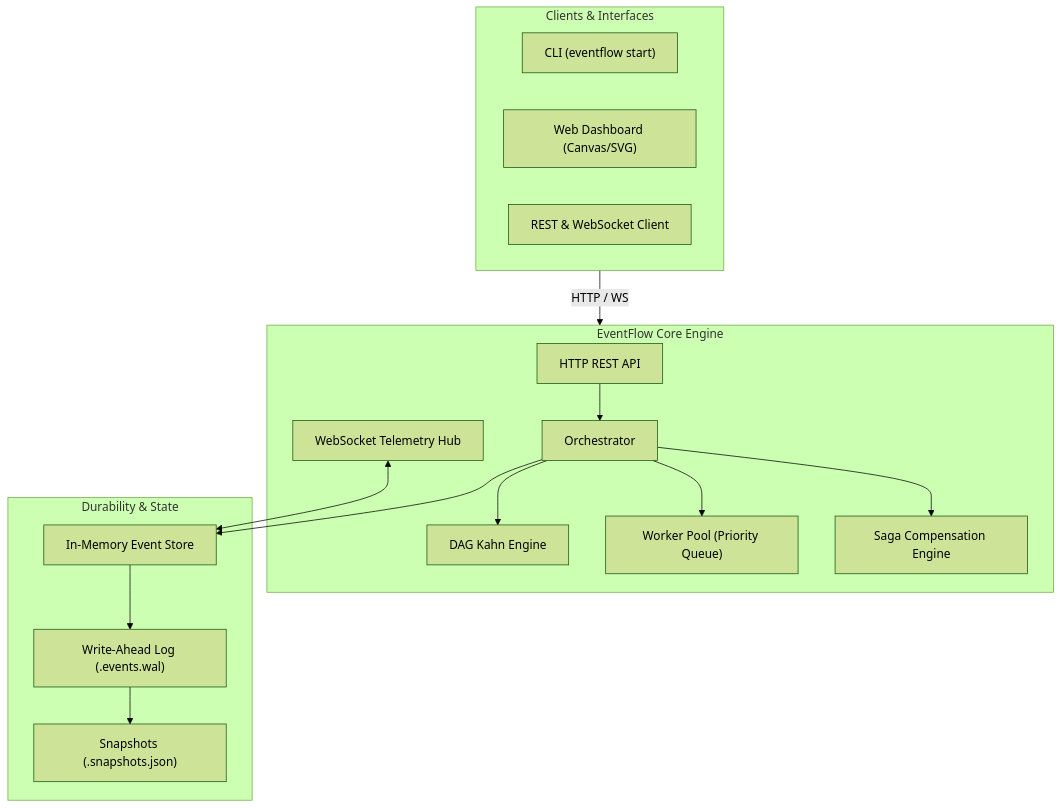
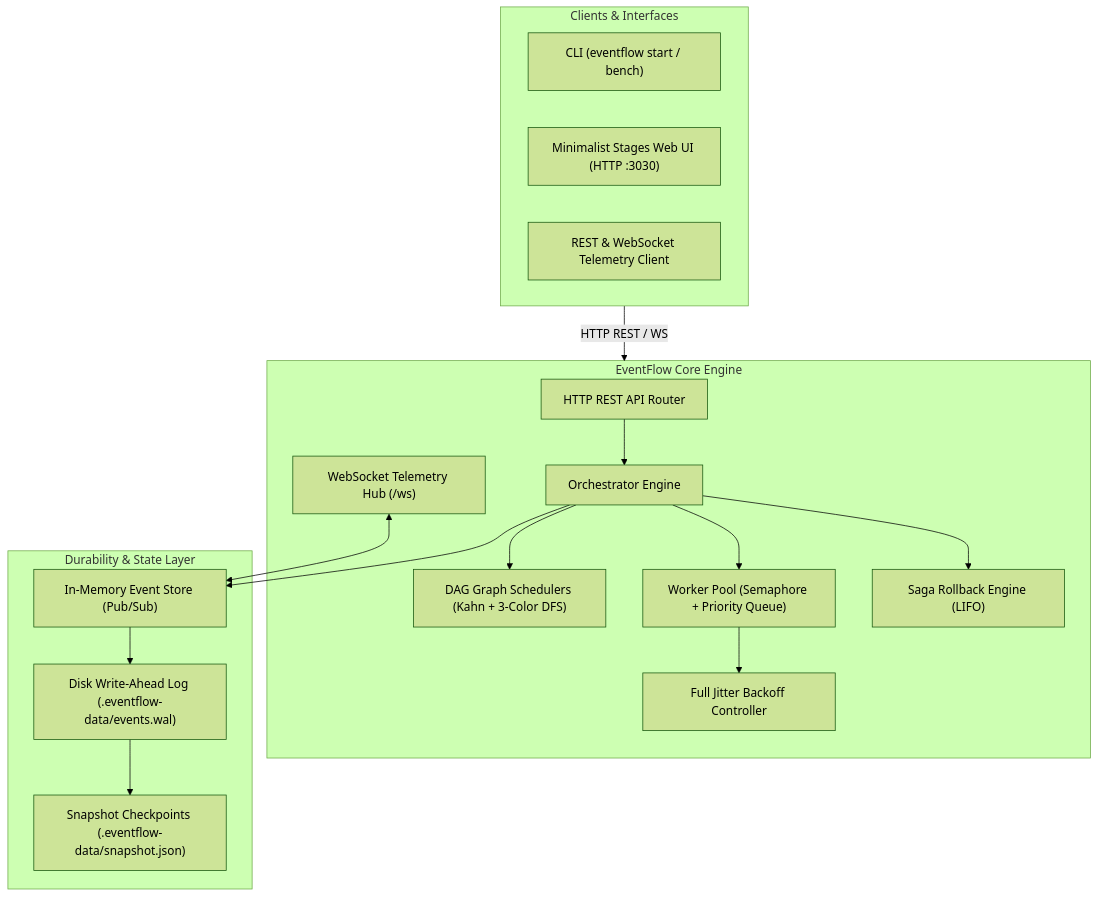
One commit to Hamidooh/event-flow changed the diagram in README.md. Above: the diagram before and after it, drawn with Mermaid (forest theme). The commit also changed other lines of this file and 3 other files, not shown here.

````diff
--- a/README.md
+++ b/README.md
@@ -65,33 +69,35 @@
 ```mermaid
 flowchart TD
     subgraph Clients["Clients & Interfaces"]
-        CLI["CLI (eventflow start)"]
-        UI["Web Dashboard (Canvas/SVG)"]
-        API["REST & WebSocket Client"]
+        CLI["CLI (eventflow start / bench)"]
+        UI["Minimalist Stages Web UI (HTTP :3030)"]
+        API["REST & WebSocket Telemetry Client"]
     end
 
     subgraph Server["EventFlow Core Engine"]
-        HTTP["HTTP REST API"]
-        WS["WebSocket Telemetry Hub"]
-        Orch["Orchestrator"]
-        DAG["DAG Kahn Engine"]
-        Pool["Worker Pool (Priority Queue)"]
-        Saga["Saga Compensation Engine"]
+        HTTP["HTTP REST API Router"]
+        WS["WebSocket Telemetry Hub (/ws)"]
+        Orch["Orchestrator Engine"]
+        DAG["DAG Graph Schedulers (Kahn + 3-Color DFS)"]
+        Pool["Worker Pool (Semaphore + Priority Queue)"]
+        Saga["Saga Rollback Engine (LIFO)"]
+        Retry["Full Jitter Backoff Controller"]
     end
 
-    subgraph Storage["Durability & State"]
-        ES["In-Memory Event Store"]
-        WAL["Write-Ahead Log (.events.wal)"]
-        Snap["Snapshots (.snapshots.json)"]
+    subgraph Storage["Durability & State Layer"]
+        ES["In-Memory Event Store (Pub/Sub)"]
+        WAL["Disk Write-Ahead Log (.eventflow-data/events.wal)"]
+        Snap["Snapshot Checkpoints (.eventflow-data/snapshot.json)"]
     end
 
-    Clients -->|HTTP / WS| Server
+    Clients -->|HTTP REST / WS| Server
     HTTP --> Orch
     WS <--> ES
     Orch --> DAG
     Orch --> Pool
+    Pool --> Retry
     Orch --> Saga
     Orch --> ES
     ES --> WAL
     WAL --> Snap
 ```
````
